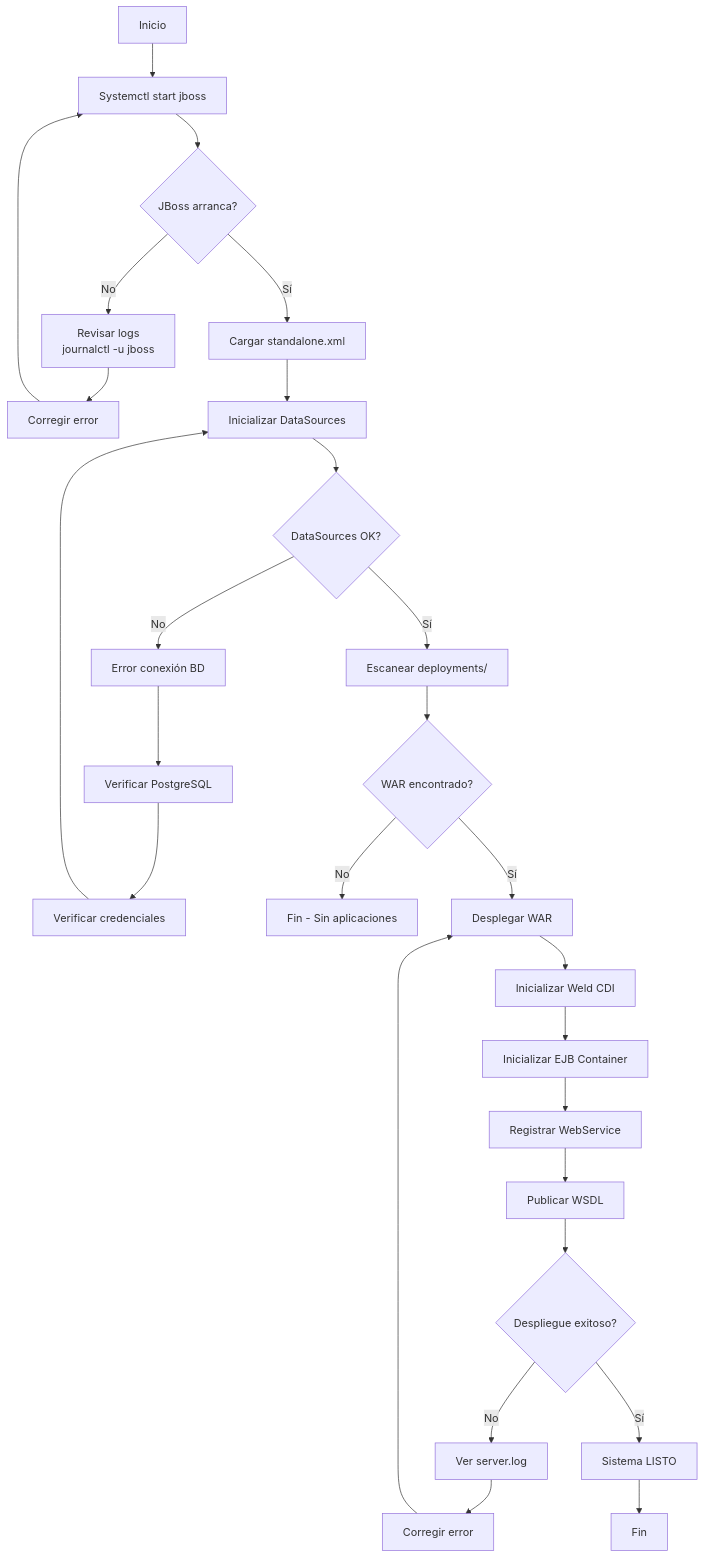
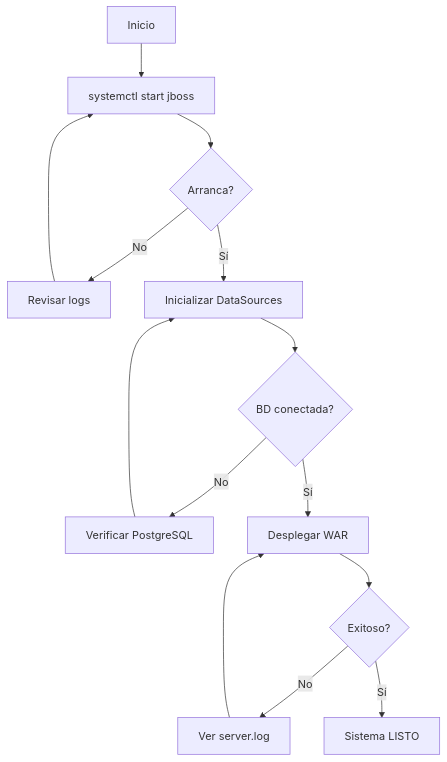
The first of 6 diagrams in Documentos/MANUAL_OPERACION_MANTENIMIENTO.md (Linkmae/validacionCapasBosques), drawn with Mermaid before and after one commit. The commit also changed other lines of this file, not shown here.

First line of the commit message:
Simplificar diagramas del Manual de Operación y Mantenimiento

````diff
--- a/Documentos/MANUAL_OPERACION_MANTENIMIENTO.md
+++ b/Documentos/MANUAL_OPERACION_MANTENIMIENTO.md
@@ -158,29 +158,16 @@
 ```mermaid
 flowchart TB
-    A[Inicio] --> B[Systemctl start jboss]
-    B --> C{JBoss arranca?}
-    C -->|No| D[Revisar logs<br/>journalctl -u jboss]
-    D --> E[Corregir error]
-    E --> B
-    C -->|Sí| F[Cargar standalone.xml]
-    F --> G[Inicializar DataSources]
-    G --> H{DataSources OK?}
-    H -->|No| I[Error conexión BD]
-    I --> J[Verificar PostgreSQL]
-    J --> K[Verificar credenciales]
-    K --> G
-    H -->|Sí| L[Escanear deployments/]
-    L --> M{WAR encontrado?}
-    M -->|No| N[Fin - Sin aplicaciones]
-    M -->|Sí| O[Desplegar WAR]
-    O --> P[Inicializar Weld CDI]
-    P --> Q[Inicializar EJB Container]
-    Q --> R[Registrar WebService]
-    R --> S[Publicar WSDL]
-    S --> T{Despliegue exitoso?}
-    T -->|No| U[Ver server.log]
-    U --> V[Corregir error]
-    V --> O
-    T -->|Sí| W[Sistema LISTO]
-    W --> Z[Fin]
+    A[Inicio] --> B[systemctl start jboss]
+    B --> C{Arranca?}
+    C -->|No| D[Revisar logs]
+    D --> B
+    C -->|Sí| E[Inicializar DataSources]
+    E --> F{BD conectada?}
+    F -->|No| G[Verificar PostgreSQL]
+    G --> E
+    F -->|Sí| H[Desplegar WAR]
+    H --> I{Exitoso?}
+    I -->|No| J[Ver server.log]
+    J --> H
+    I -->|Sí| K[Sistema LISTO]
 ```
````
